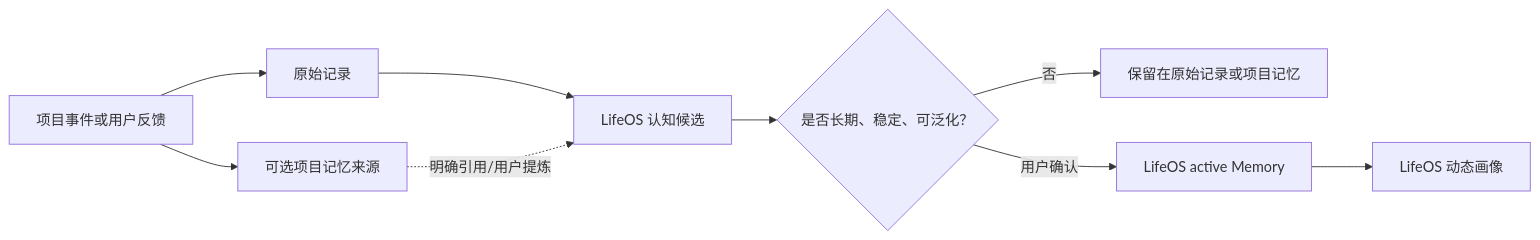
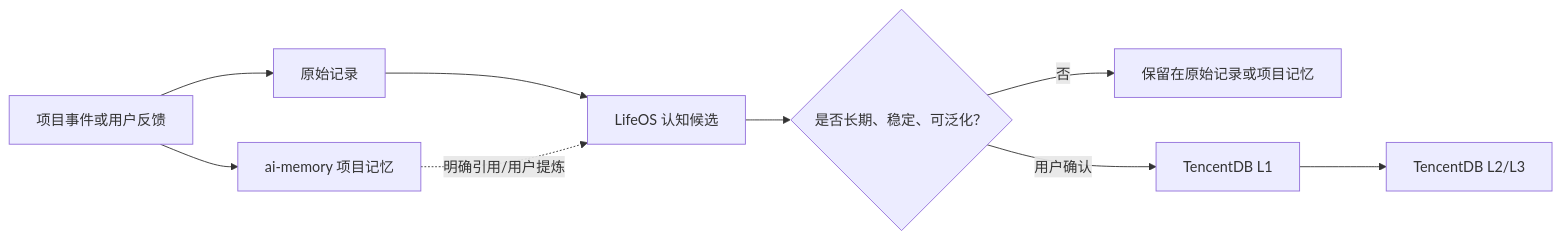
One commit to yubr-zzh/AIC-LifeOS changed the second of 2 diagrams in docs/lifeos-workflow-and-memory-architecture.md. Above: the diagram before and after it, drawn with Mermaid. The commit also changed other lines of this file and 2 other files, not shown here.

Commit message:
docs(memory): correct provider integration direction

````diff
--- a/docs/lifeos-workflow-and-memory-architecture.md
+++ b/docs/lifeos-workflow-and-memory-architecture.md
@@ -283,11 +284,11 @@
 ```mermaid
 flowchart LR
     EVENT["项目事件或用户反馈"] --> RAW["原始记录"]
-    EVENT --> PM["可选项目记忆来源"]
+    EVENT --> PM["ai-memory 项目记忆"]
     RAW --> CANDIDATE["LifeOS 认知候选"]
     PM -.->|明确引用/用户提炼| CANDIDATE
     CANDIDATE --> CHECK{"是否长期、稳定、可泛化？"}
     CHECK -->|否| KEEP["保留在原始记录或项目记忆"]
-    CHECK -->|用户确认| ATOMIC["LifeOS active Memory"]
-    ATOMIC --> PROFILE["LifeOS 动态画像"]
+    CHECK -->|用户确认| ATOMIC["TencentDB L1"]
+    ATOMIC --> PROFILE["TencentDB L2/L3"]
 ```
````
